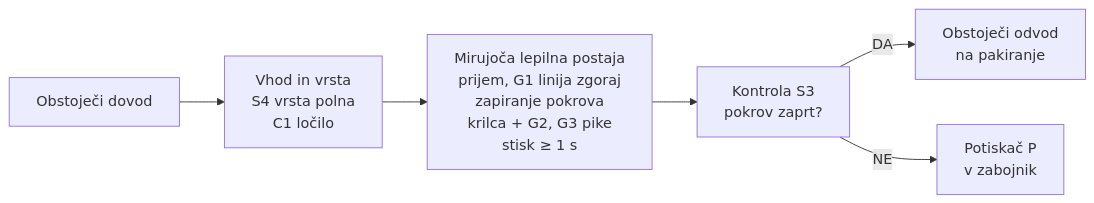
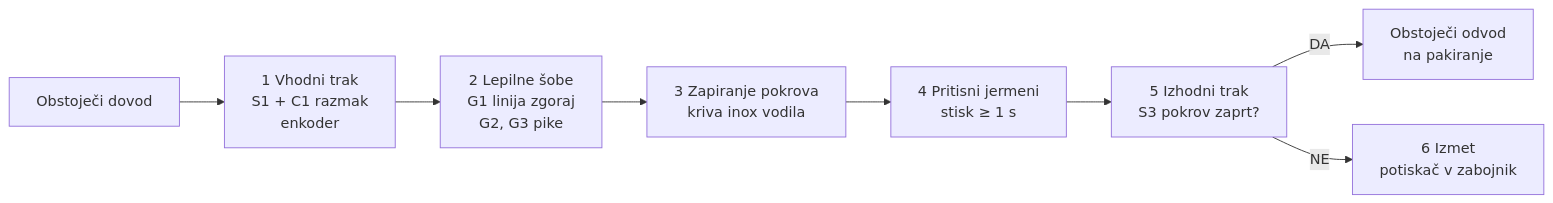
One commit to JureInokron/lui-2026-skupina-a changed the diagram in PREDSTAVITEV.md. Above: the diagram before and after it, drawn with Mermaid. The commit also changed other lines of this file, not shown here.

````diff
--- a/PREDSTAVITEV.md
+++ b/PREDSTAVITEV.md
@@ -23,8 +23,10 @@
 ```mermaid
 flowchart LR
-    A[Obstoječi dovod] --> B[Vhod in vrsta<br/>S4 vrsta polna<br/>C1 ločilo]
-    B --> C[Mirujoča lepilna postaja<br/>prijem, G1 linija zgoraj<br/>zapiranje pokrova<br/>krilca + G2, G3 pike<br/>stisk ≥ 1 s]
-    C --> D[Kontrola S3<br/>pokrov zaprt?]
-    D -->|DA| E[Obstoječi odvod<br/>na pakiranje]
-    D -->|NE| F[Potiskač P<br/>v zabojnik]
+    A[Obstoječi dovod] --> B[1 Vhodni trak<br/>S1 + C1 razmak<br/>enkoder]
+    B --> C[2 Lepilne šobe<br/>G1 linija zgoraj<br/>G2, G3 pike]
+    C --> D[3 Zapiranje pokrova<br/>kriva inox vodila]
+    D --> E[4 Pritisni jermeni<br/>stisk ≥ 1 s]
+    E --> F[5 Izhodni trak<br/>S3 pokrov zaprt?]
+    F -->|DA| G[Obstoječi odvod<br/>na pakiranje]
+    F -->|NE| H[6 Izmet<br/>potiskač v zabojnik]
 ```
````
